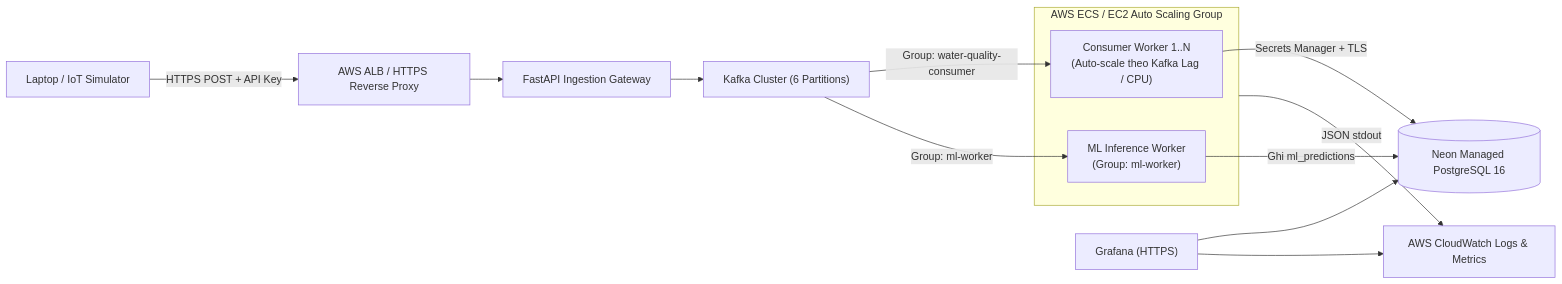
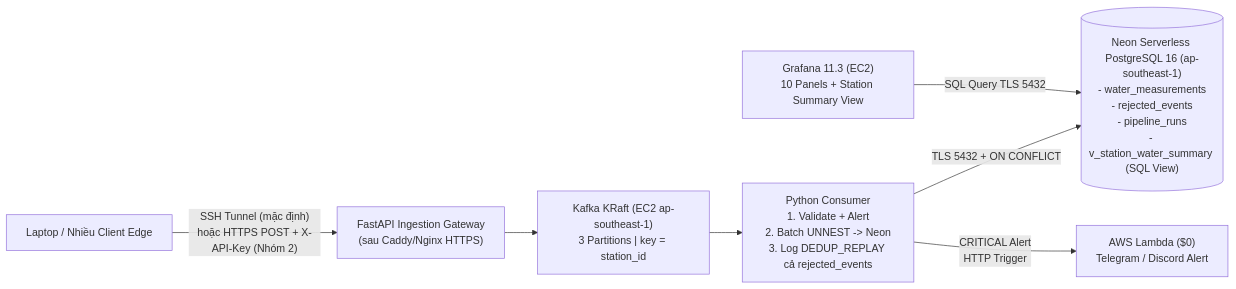
The diagram in docs/BTL_CLOUD_NATIVE_ROADMAP.md (TamPhuc2/cloud_water_quality_monitor), drawn with Mermaid before and after one commit. The commit also changed other lines of this file and 14 other files, not shown here.

Commit message:
update pipline + architecture

````diff
--- a/docs/BTL_CLOUD_NATIVE_ROADMAP.md
+++ b/docs/BTL_CLOUD_NATIVE_ROADMAP.md
@@ -15,20 +9,10 @@
 ```mermaid
 flowchart LR
-    Edge["Laptop / IoT Simulator"] -->|"HTTPS POST + API Key"| ALB["AWS ALB / HTTPS Reverse Proxy"]
-    ALB --> GW["FastAPI Ingestion Gateway"]
-    GW --> MSK["Kafka Cluster (6 Partitions)"]
+    Edge["Laptop / Nhiều Client Edge"] -->|"SSH Tunnel (mặc định)<br/>hoặc HTTPS POST + X-API-Key (Nhóm 2)"| GW["FastAPI Ingestion Gateway<br/>(sau Caddy/Nginx HTTPS)"]
+    GW --> KAFKA["Kafka KRaft (EC2 ap-southeast-1)\n3 Partitions | key = station_id"]
+    KAFKA --> CONS["Python Consumer\n1. Validate + Alert\n2. Batch UNNEST -> Neon\n3. Log DEDUP_REPLAY cả rejected_events"]
 
-    subgraph ECS["AWS ECS / EC2 Auto Scaling Group"]
-        C1["Consumer Worker 1..N\n(Auto-scale theo Kafka Lag / CPU)"]
-        ML["ML Inference Worker\n(Group: ml-worker)"]
-    end
-
-    MSK -->|"Group: water-quality-consumer"| C1
-    MSK -->|"Group: ml-worker"| ML
-
-    C1 -->|"Secrets Manager + TLS"| NEON[("Neon Managed PostgreSQL 16")]
-    ML -->|"Ghi ml_predictions"| NEON
-    ECS -->|"JSON stdout"| CW["AWS CloudWatch Logs & Metrics"]
-    GRAF["Grafana (HTTPS)"] --> NEON
-    GRAF --> CW
+    CONS -->|"TLS 5432 + ON CONFLICT"| NEON[("Neon Serverless PostgreSQL 16 (ap-southeast-1)\n- water_measurements\n- rejected_events\n- pipeline_runs\n- v_station_water_summary (SQL View)")]
+    CONS -->|"CRITICAL Alert\nHTTP Trigger"| LAMBDA["AWS Lambda ($0)\nTelegram / Discord Alert"]
+    GRAF["Grafana 11.3 (EC2)\n10 Panels + Station Summary View"] -->|"SQL Query TLS 5432"| NEON
 ```
````
